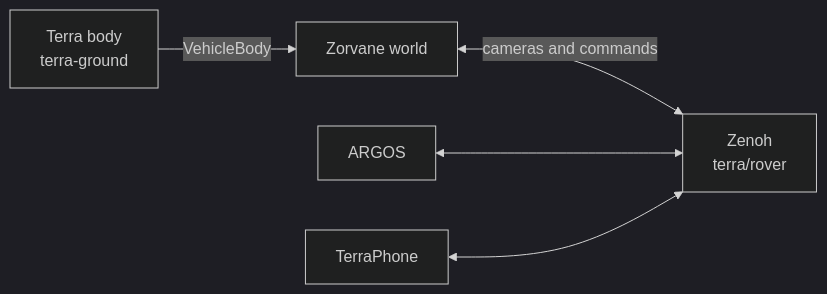
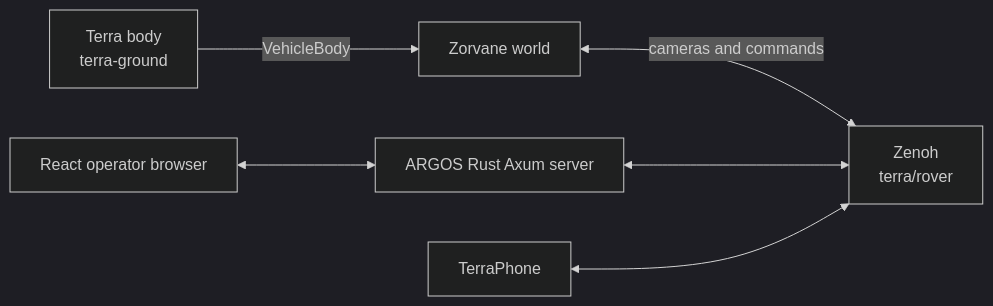
Before and after one commit to Super-Yojan/Zorvane: the diagram in docs/index.md, drawn with Mermaid (dark theme). The commit also changed other lines of this file and 3 other files, not shown here.

````diff
--- a/docs/index.md
+++ b/docs/index.md
@@ -35,13 +35,15 @@
 ```mermaid
 flowchart LR
   Body["Terra body<br/>terra-ground"]
   World["Zorvane world"]
   Bus["Zenoh<br/>terra/rover"]
-  ARGOS["ARGOS"]
+  ARGOS["ARGOS Rust Axum server"]
+  Web["React operator browser"]
   Phone["TerraPhone"]
 
   Body -->|"VehicleBody"| World
   World <-->|"cameras and commands"| Bus
+  Web <--> ARGOS
   ARGOS <--> Bus
   Phone <--> Bus
 ```
````
